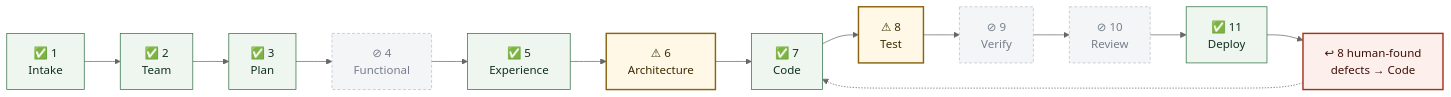
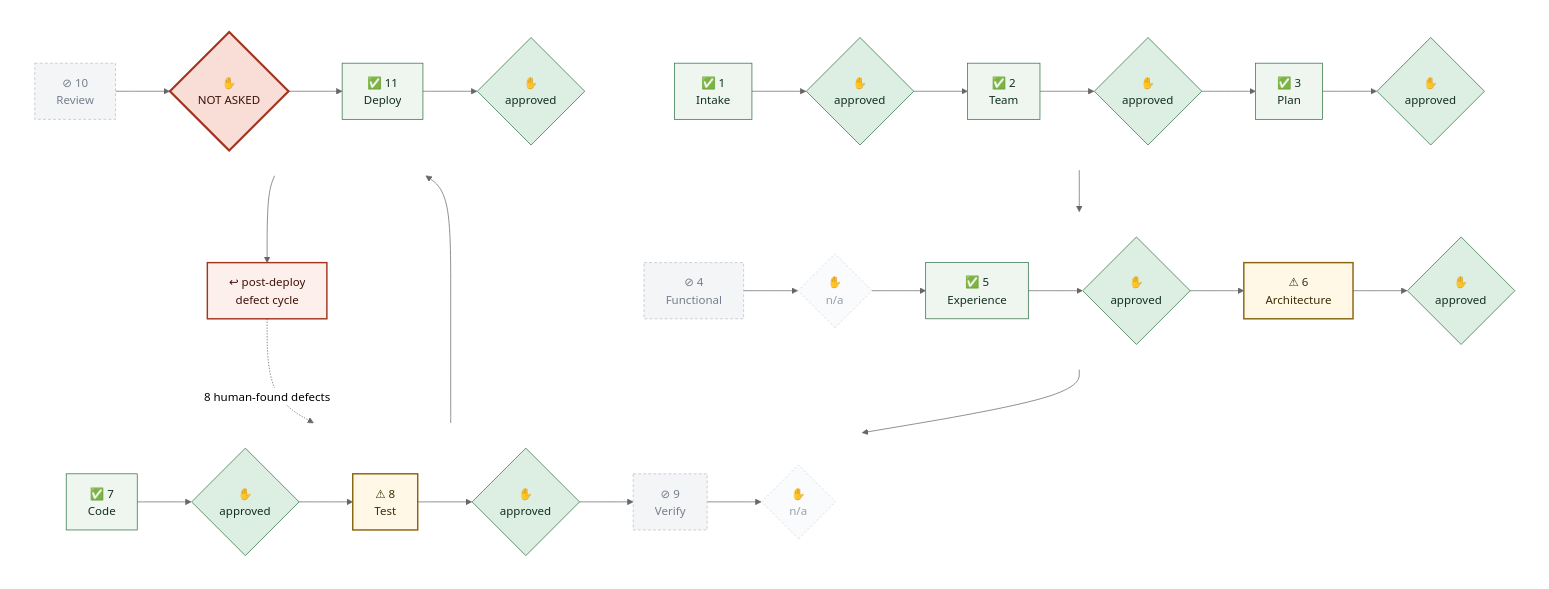
The fifth of 5 diagrams in admin/PORTFOLIO_STATUS.md (tandonakhil/AICluadeCode), drawn with Mermaid (neutral theme) before and after one commit. The commit also changed other lines of this file and 5 other files, not shown here.

First line of the commit message:
Graph: wrap at 7 boxes, human checkpoints as activated steps, mandatory control

````diff
--- a/admin/PORTFOLIO_STATUS.md
+++ b/admin/PORTFOLIO_STATUS.md
@@ -130,18 +238,45 @@
 ```mermaid
-flowchart LR
-  G1["✅ 1<br/>Intake"] --> G2["✅ 2<br/>Team"] --> G3["✅ 3<br/>Plan"]
-  G3 --> G4["⊘ 4<br/>Functional"] --> G5["✅ 5<br/>Experience"]
-  G5 --> G6["⚠ 6<br/>Architecture"] --> G7["✅ 7<br/>Code"] --> G8["⚠ 8<br/>Test"]
-  G8 --> G9["⊘ 9<br/>Verify"] --> G10["⊘ 10<br/>Review"] --> G11["✅ 11<br/>Deploy"]
-  G11 --> FIX["↩ 8 human-found<br/>defects → Code"]
-  FIX -.-> G7
-
+flowchart TB
+  subgraph r1 [" "]
+    direction LR
+    G1["✅ 1<br/>Intake"] --> H1{"✋<br/>approved"} --> G2["✅ 2<br/>Team"] --> H2{"✋<br/>approved"} --> G3["✅ 3<br/>Plan"] --> H3{"✋<br/>approved"}
+  end
+  subgraph r2 [" "]
+    direction LR
+    G4["⊘ 4<br/>Functional"] --> H4{"✋<br/>n/a"} --> G5["✅ 5<br/>Experience"] --> H5{"✋<br/>approved"} --> G6["⚠ 6<br/>Architecture"] --> H6{"✋<br/>approved"}
+  end
+  subgraph r3 [" "]
+    direction LR
+    G7["✅ 7<br/>Code"] --> H7{"✋<br/>approved"} --> G8["⚠ 8<br/>Test"] --> H8{"✋<br/>approved"} --> G9["⊘ 9<br/>Verify"] --> H9{"✋<br/>n/a"}
+  end
+  subgraph r4 [" "]
+    direction LR
+    G10["⊘ 10<br/>Review"] --> H10{"✋<br/>NOT ASKED"} --> G11["✅ 11<br/>Deploy"] --> H11{"✋<br/>approved"}
+  end
+  H3 --> G4
+  H6 --> G7
+  H9 --> G10
+  FIX -.->|8 human-found defects| G7
+  FIX["↩ post-deploy<br/>defect cycle"]
+  H11 --> FIX
+  class FIX looped
   classDef done    fill:#eef6ef,stroke:#2f6f43,color:#123021
+  classDef active  fill:#fff8e6,stroke:#8a6410,stroke-width:2px,color:#3d2c04
+  classDef looped  fill:#fdf0ec,stroke:#a3341f,stroke-width:2px,color:#3d1109
   classDef warn    fill:#fff8e6,stroke:#8a6410,stroke-width:2px,color:#3d2c04
-  classDef looped  fill:#fdf0ec,stroke:#a3341f,stroke-width:2px,color:#3d1109
+  classDef pending fill:#f4f5f7,stroke:#b8bfc9,color:#767f8d
   classDef skipped fill:#f4f5f7,stroke:#b8bfc9,color:#767f8d,stroke-dasharray:4 3
+  classDef hdone   fill:#dcefe2,stroke:#2f6f43,color:#123021
+  classDef hwait   fill:#ffe9a8,stroke:#8a6410,stroke-width:4px,color:#3d2c04
+  classDef hpend   fill:#fafbfc,stroke:#cfd5dd,color:#98a1ad,stroke-dasharray:3 3
+  classDef hskip   fill:#fafbfc,stroke:#cfd5dd,color:#98a1ad,stroke-dasharray:3 3
+  classDef hnone   fill:#f8ded7,stroke:#a3341f,stroke-width:3px,color:#3d1109
+  classDef rowbox  fill:none,stroke:none
   class G1,G2,G3,G5,G7,G11 done
+  class H1,H2,H3,H5,H6,H7,H8,H11 hdone
+  class G4,G9,G10 skipped
+  class H4,H9 hskip
   class G6,G8 warn
-  class G4,G9,G10 skipped
-  class FIX looped
+  class H10 hnone
+  class r1,r2,r3,r4 rowbox
 ```
````
